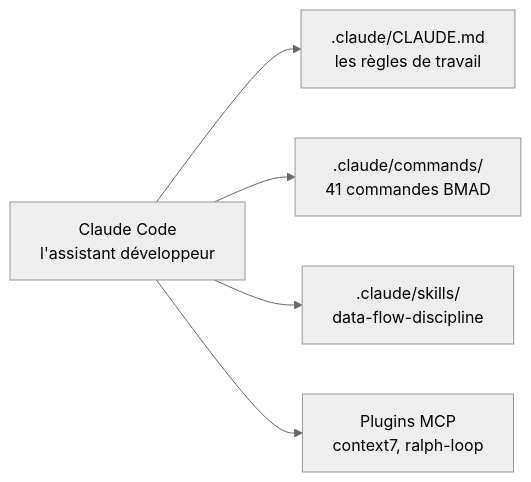
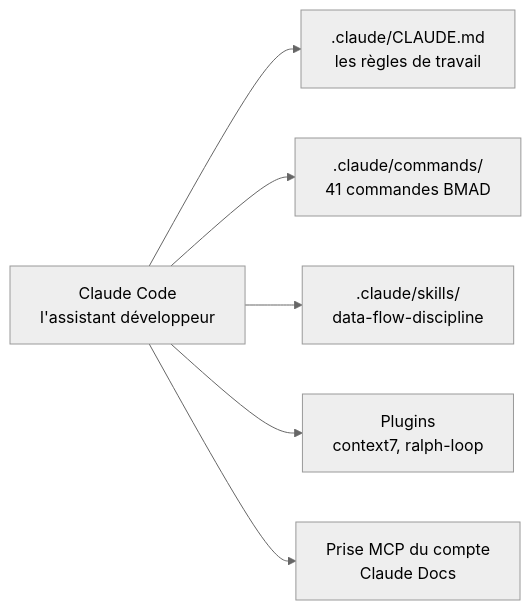
One commit to annubis-knight/Blog_Redactor_SEO changed diagram 11 of 11 in GUIDE-04-OUTILS.md. Above: the diagram before and after it, drawn with Mermaid (neutral theme). The commit also changed other lines of this file and 3 other files, not shown here.

````diff
--- a/GUIDE-04-OUTILS.md
+++ b/GUIDE-04-OUTILS.md
@@ -348,7 +703,8 @@
 ```mermaid
 flowchart LR
   DEV["Claude Code<br/>l'assistant développeur"] --> R[".claude/CLAUDE.md<br/>les règles de travail"]
   DEV --> CMD[".claude/commands/<br/>41 commandes BMAD"]
   DEV --> SK[".claude/skills/<br/>data-flow-discipline"]
-  DEV --> MCP["Plugins MCP<br/>context7, ralph-loop"]
+  DEV --> PL["Plugins<br/>context7, ralph-loop"]
+  DEV --> MCP["Prise MCP du compte<br/>Claude Docs"]
 ```
````
